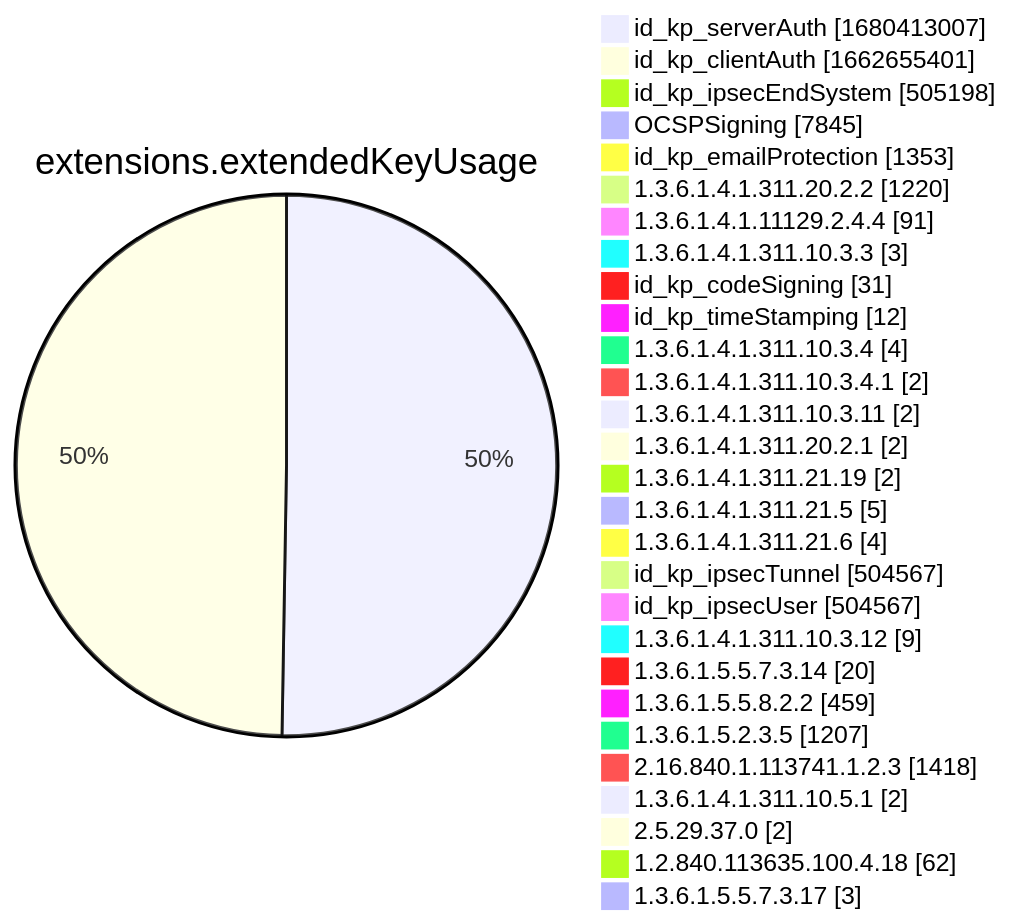
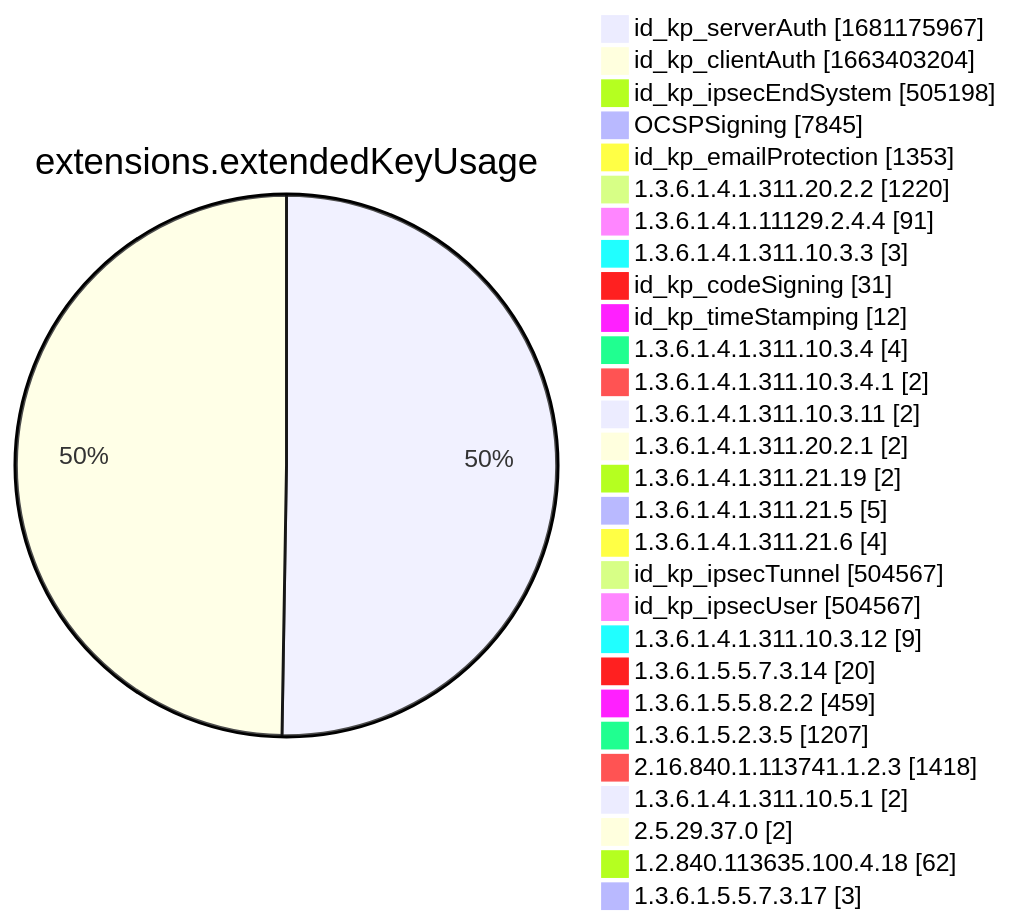
One commit to christiankrug/ctmonitor_visualization changed diagram 12 of 15 in xenon2022/README.md. Above: the diagram before and after it, drawn with Mermaid. The commit also changed other lines of this file, not shown here.

````diff
--- a/xenon2022/README.md
+++ b/xenon2022/README.md
@@ -3888,32 +3888,32 @@
 ```mermaid
 pie showData
 title extensions.extendedKeyUsage
-"id_kp_serverAuth" :1680413007
-"id_kp_clientAuth" :1662655401
+"id_kp_serverAuth" :1681175967
+"id_kp_clientAuth" :1663403204
 "id_kp_ipsecEndSystem" :505198
 "OCSPSigning" :7845
 "id_kp_emailProtection" :1353
 "1.3.6.1.4.1.311.20.2.2" :1220
 "1.3.6.1.4.1.11129.2.4.4" :91
 "1.3.6.1.4.1.311.10.3.3" :3
 "id_kp_codeSigning" :31
 "id_kp_timeStamping" :12
 "1.3.6.1.4.1.311.10.3.4" :4
 "1.3.6.1.4.1.311.10.3.4.1" :2
 "1.3.6.1.4.1.311.10.3.11" :2
 "1.3.6.1.4.1.311.20.2.1" :2
 "1.3.6.1.4.1.311.21.19" :2
 "1.3.6.1.4.1.311.21.5" :5
 "1.3.6.1.4.1.311.21.6" :4
 "id_kp_ipsecTunnel" :504567
 "id_kp_ipsecUser" :504567
 "1.3.6.1.4.1.311.10.3.12" :9
 "1.3.6.1.5.5.7.3.14" :20
 "1.3.6.1.5.5.8.2.2" :459
 "1.3.6.1.5.2.3.5" :1207
 "2.16.840.1.113741.1.2.3" :1418
 "1.3.6.1.4.1.311.10.5.1" :2
 "2.5.29.37.0" :2
 "1.2.840.113635.100.4.18" :62
 "1.3.6.1.5.5.7.3.17" :3
 ```
````
